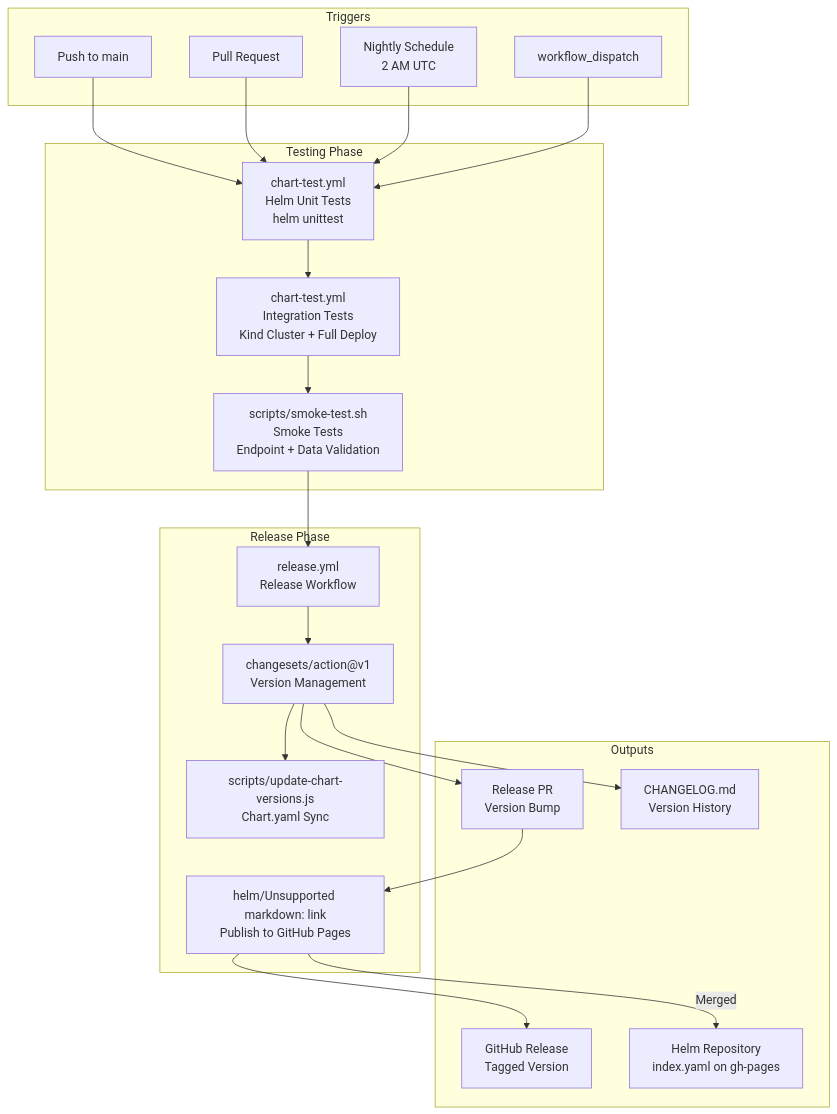
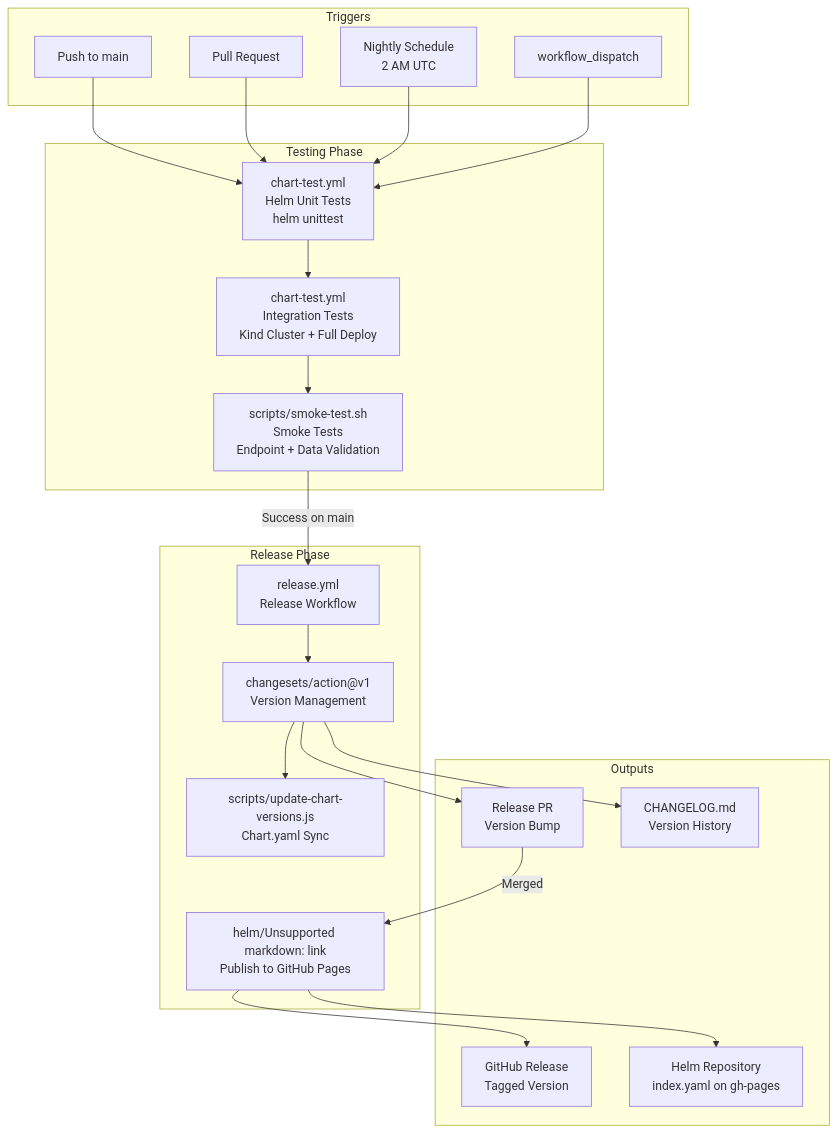
The first of 7 diagrams in docs/hyperdxio-helm-charts-docs/CI-CD-Pipeline.md (openchoreo/openchoreo), drawn with Mermaid before and after one commit. The commit also changed other lines of this file and 85 other files, not shown here.

Commit message:
feat: Add new workflow and specification templates, update Helm chart dependencies, and clarify documentation diagrams.

````diff
--- a/docs/hyperdxio-helm-charts-docs/CI-CD-Pipeline.md
+++ b/docs/hyperdxio-helm-charts-docs/CI-CD-Pipeline.md
@@ -20,61 +20,61 @@
 ```mermaid
 flowchart TD
 
 Push["Push to main"]
 PR["Pull Request"]
 Schedule["Nightly Schedule<br>2 AM UTC"]
 Manual["workflow_dispatch"]
 UnitTest["chart-test.yml<br>Helm Unit Tests<br>helm unittest"]
 IntegrationTest["chart-test.yml<br>Integration Tests<br>Kind Cluster + Full Deploy"]
 SmokeTest["scripts/smoke-test.sh<br>Smoke Tests<br>Endpoint + Data Validation"]
 ReleaseWorkflow["release.yml<br>Release Workflow"]
 ChangesetAction["changesets/action@v1<br>Version Management"]
 VersionScript["scripts/update-chart-versions.js<br>Chart.yaml Sync"]
 ChartReleaser["helm/Unsupported markdown: link<br>Publish to GitHub Pages"]
 ReleasePR["Release PR<br>Version Bump"]
 GitHubRelease["GitHub Release<br>Tagged Version"]
 HelmRepo["Helm Repository<br>index.yaml on gh-pages"]
 Changelog["CHANGELOG.md<br>Version History"]
 
 Push --> UnitTest
 PR --> UnitTest
 Schedule --> UnitTest
 Manual --> UnitTest
-SmokeTest --> ReleaseWorkflow
+SmokeTest -->|"Success on main"| ReleaseWorkflow
 ChangesetAction --> ReleasePR
 ChangesetAction --> Changelog
-ReleasePR --> ChartReleaser
+ReleasePR -->|"Merged"| ChartReleaser
 ChartReleaser --> GitHubRelease
-ChartReleaser -->|"Merged"| HelmRepo
+ChartReleaser --> HelmRepo
 
 subgraph Outputs ["Outputs"]
     ReleasePR
     GitHubRelease
     HelmRepo
     Changelog
 end
 
 subgraph subGraph2 ["Release Phase"]
     ReleaseWorkflow
     ChangesetAction
     VersionScript
     ChartReleaser
     ReleaseWorkflow --> ChangesetAction
     ChangesetAction --> VersionScript
 end
 
 subgraph subGraph1 ["Testing Phase"]
     UnitTest
     IntegrationTest
     SmokeTest
     UnitTest --> IntegrationTest
     IntegrationTest --> SmokeTest
 end
 
 subgraph Triggers ["Triggers"]
     Push
     PR
     Schedule
     Manual
 end
 ```
````
